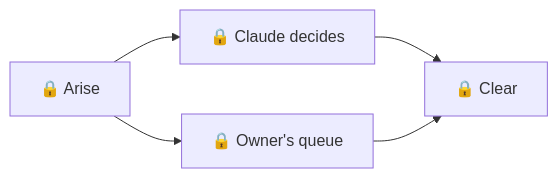
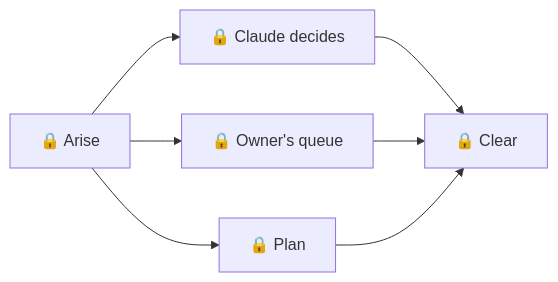
Before and after one commit to Colorado-Startups/claudius: the second of 4 diagrams in maps/README.md, drawn with Mermaid. The commit also changed other lines of this file and 6 other files, not shown here.

````diff
--- a/maps/README.md
+++ b/maps/README.md
@@ -22,5 +22,6 @@
 ```mermaid
 flowchart LR
   arise["🔒 Arise"] --> decide["🔒 Claude decides"] --> clear["🔒 Clear"]
   arise --> queue["🔒 Owner's queue"] --> clear
+  arise --> plan["🔒 Plan"] --> clear
 ```
````
